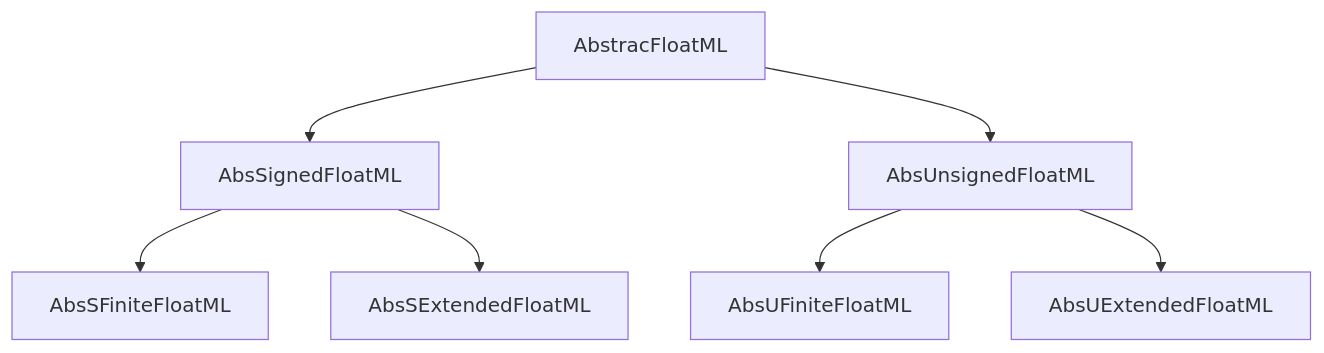
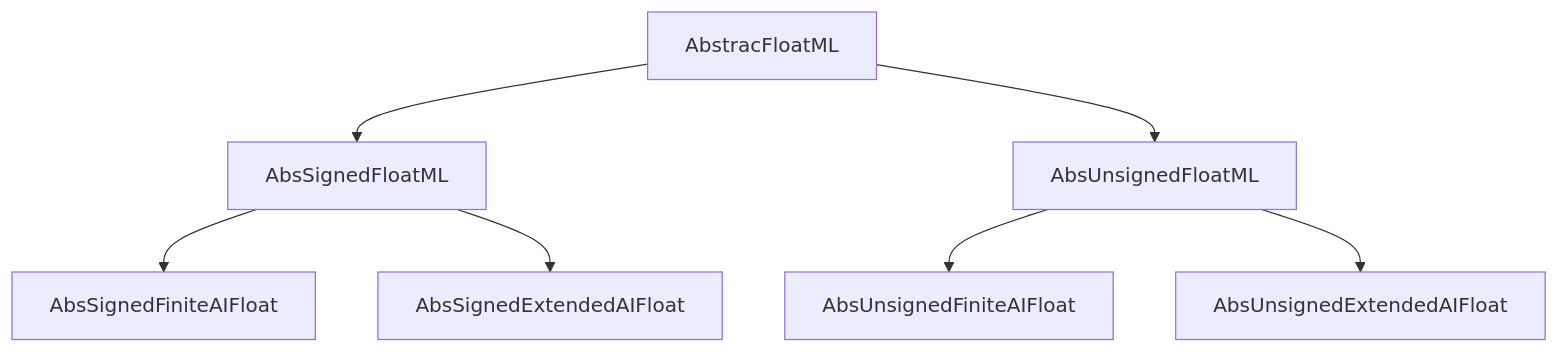
One commit to JeffreySarnoff/AIFloats.jl changed the first of 2 diagrams in docs/src/abstractions.md. Above: the diagram before and after it, drawn with Mermaid. The commit also changed other lines of this file and 8 other files, not shown here.

````diff
--- a/docs/src/abstractions.md
+++ b/docs/src/abstractions.md
@@ -5,10 +5,10 @@
 ```mermaid
 graph TD
-    A[AbstracFloatML] 
+    A[AbstracFloatML]
     A--> S[AbsSignedFloatML]
     A--> U[AbsUnsignedFloatML]
-    S--> SF[AbsSFiniteFloatML]
-    S--> SE[AbsSExtendedFloatML]
-    U--> UF[AbsUFiniteFloatML]
-    U--> UE[AbsUExtendedFloatML]
+    S--> SF[AbsSignedFiniteAIFloat]
+    S--> SE[AbsSignedExtendedAIFloat]
+    U--> UF[AbsUnsignedFiniteAIFloat]
+    U--> UE[AbsUnsignedExtendedAIFloat]
 ```
````
